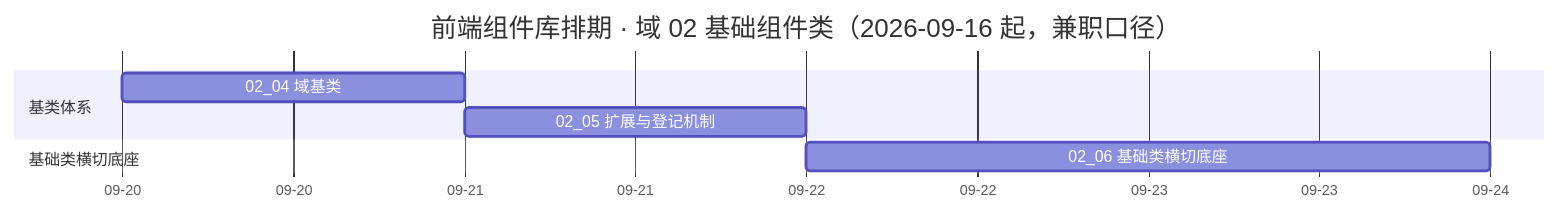
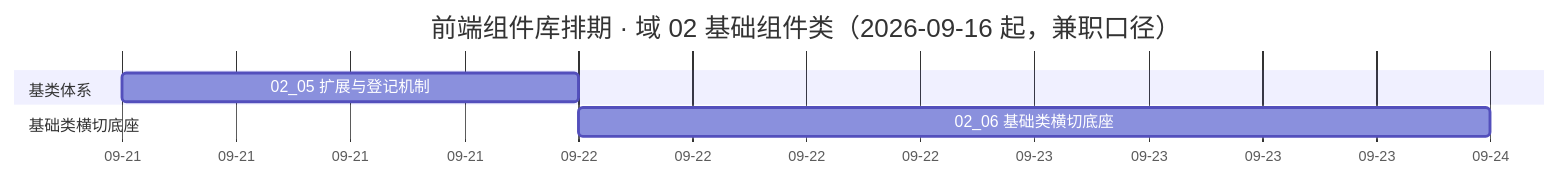
One commit to minjian123/basic-management-system changed the diagram in bms文档/项目/04_前端组件库/计划/01_计划_前端组件库.md. Above: the diagram before and after it, drawn with Mermaid. The commit also changed other lines of this file and 19 other files, not shown here.

````diff
--- a/bms文档/项目/04_前端组件库/计划/01_计划_前端组件库.md
+++ b/bms文档/项目/04_前端组件库/计划/01_计划_前端组件库.md
@@ -61,11 +64,10 @@
 ```mermaid
 gantt
     title 前端组件库排期 · 域 02 基础组件类（2026-09-16 起，兼职口径）
     dateFormat  YYYY-MM-DD
     axisFormat %m-%d
     section 基类体系
-    02_04 域基类 :t0204, 2026-09-20, 1d
     02_05 扩展与登记机制 :t0205, 2026-09-21, 1d
     section 基础类横切底座
     02_06 基础类横切底座 :t0206, 2026-09-22, 2d
 ```
````
